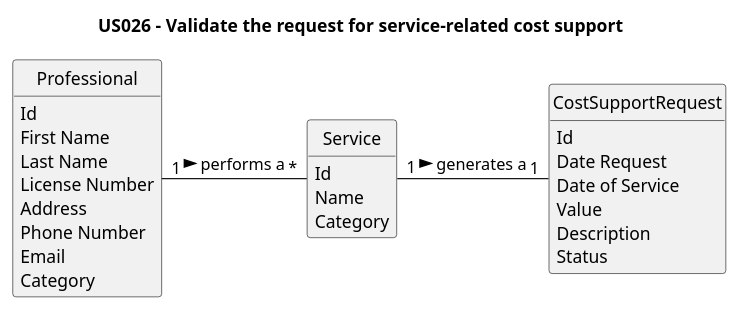
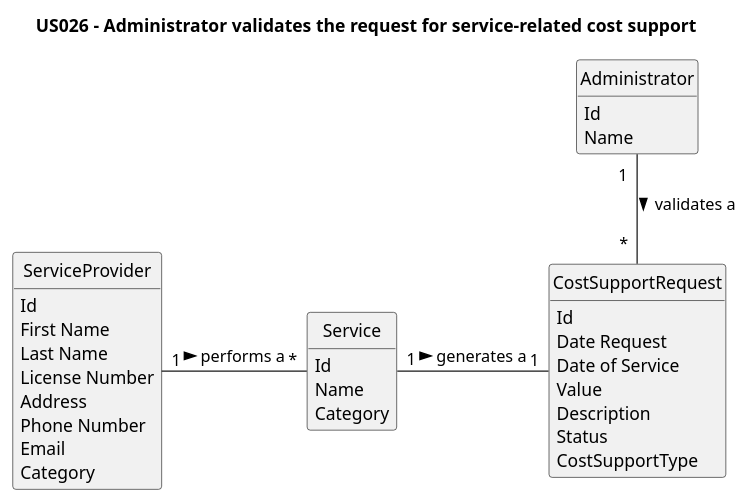
The diagram in javaSprint2GladlyGiven/Docs/UseCases/uc026/analysis/us026-DM.puml (tbarracha/Upskill-Sprint-2-Gladly-Given), drawn with PlantUML before and after one commit. The commit also changed 30 other files, not shown here.

```diff
--- a/javaSprint2GladlyGiven/Docs/UseCases/uc026/analysis/us026-DM.puml
+++ b/javaSprint2GladlyGiven/Docs/UseCases/uc026/analysis/us026-DM.puml
@@ -1,42 +1,49 @@
 @startuml
 skinparam monochrome true
 skinparam packageStyle rectangle
 skinparam shadowing false
 
 skinparam classAttributeIconSize 0
 
 hide circle
 hide methods
 
-title US026 - Validate the request for service-related cost support
+title US026 - Administrator validates the request for service-related cost support
 
 class CostSupportRequest {
     Id
     Date Request
     Date of Service
     Value
     Description
     Status
+    CostSupportType
 }
 
 class Service {
     Id
     Name
     Category
 }
 
-class Professional {
+class ServiceProvider {
     Id
     First Name
     Last Name
     License Number
     Address
     Phone Number
     Email
     Category
 }
 
-Professional "1   " - "   *" Service : performs a >
+class Administrator {
+    Id
+    Name
+}
+
+ServiceProvider "1   " - "   *" Service : performs a >
 Service "1   " - "   1" CostSupportRequest : generates a >
+Administrator "1  " -- " *  " CostSupportRequest : validates a >
 
 @enduml
```
